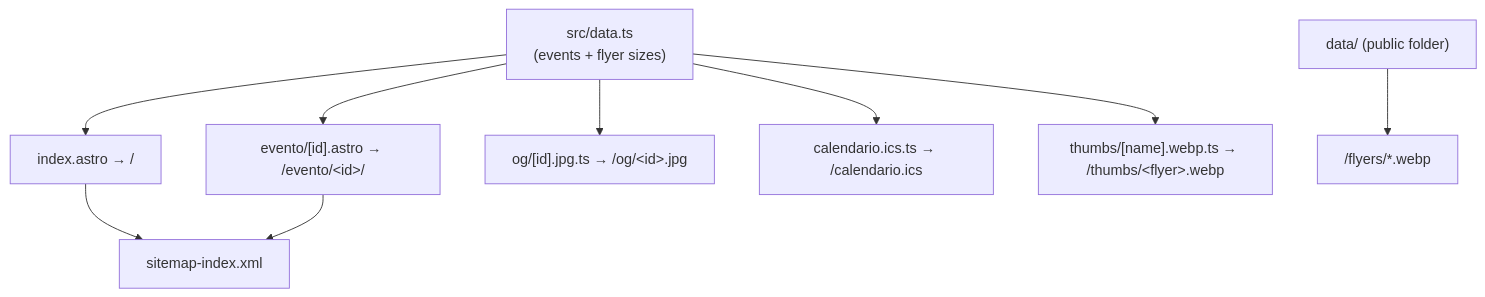
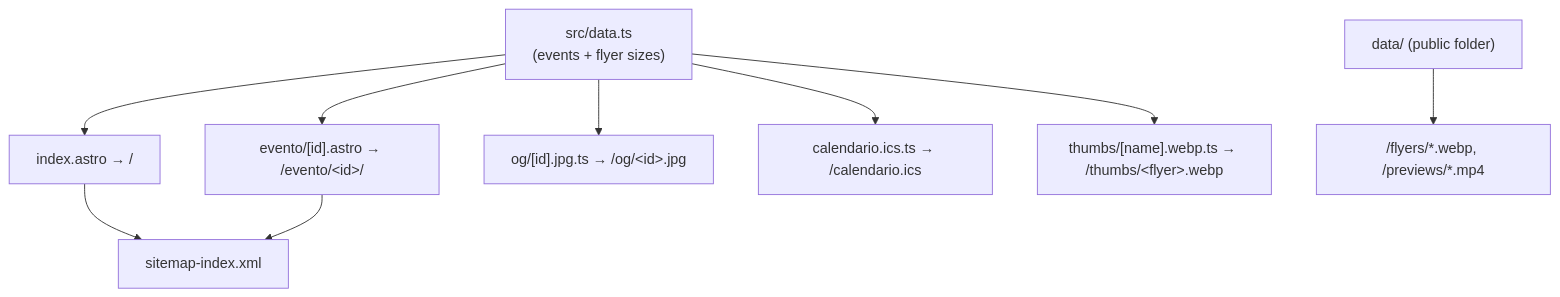
Before and after one commit to pa-bailar/pa-bailar.github.io: the fourth of 7 diagrams in docs/ARCHITECTURE.md, drawn with Mermaid. The commit also changed other lines of this file and 15 other files, not shown here.

````diff
--- a/docs/ARCHITECTURE.md
+++ b/docs/ARCHITECTURE.md
@@ -170,11 +172,11 @@
 ```mermaid
 flowchart TD
     D["src/data.ts<br/>(events + flyer sizes)"] --> IDX["index.astro → /"]
     D --> EVT["evento/[id].astro → /evento/&lt;id&gt;/"]
     D --> OG["og/[id].jpg.ts → /og/&lt;id&gt;.jpg"]
     D --> ICS["calendario.ics.ts → /calendario.ics"]
     D --> TH["thumbs/[name].webp.ts → /thumbs/&lt;flyer&gt;.webp"]
     IDX --> SM["sitemap-index.xml"]
     EVT --> SM
-    PUB["data/ (public folder)"] --> FLY["/flyers/*.webp"]
+    PUB["data/ (public folder)"] --> FLY["/flyers/*.webp, /previews/*.mp4"]
 ```
````
